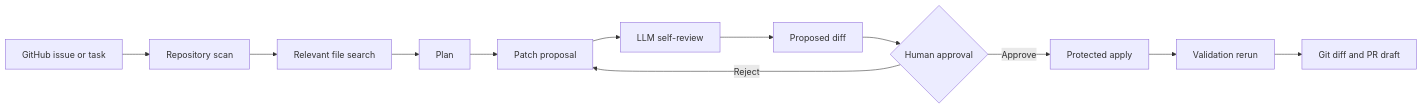
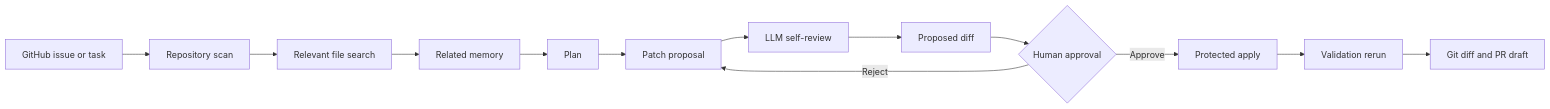
One commit to CHOS1N11111/RepoPilot-Agent changed the diagram in README.md. Above: the diagram before and after it, drawn with Mermaid. The commit also changed other lines of this file and 10 other files, not shown here.

Commit message:
Add related memory reuse

````diff
--- a/README.md
+++ b/README.md
@@ -28,14 +29,15 @@
 ```mermaid
 flowchart LR
     A["GitHub issue or task"] --> B["Repository scan"]
     B --> C["Relevant file search"]
-    C --> D["Plan"]
+    C --> M["Related memory"]
+    M --> D["Plan"]
     D --> E["Patch proposal"]
     E --> F["LLM self-review"]
     F --> G["Proposed diff"]
     G --> H{"Human approval"}
     H -->|Approve| I["Protected apply"]
     H -->|Reject| E
     I --> J["Validation rerun"]
     J --> K["Git diff and PR draft"]
 ```
````
